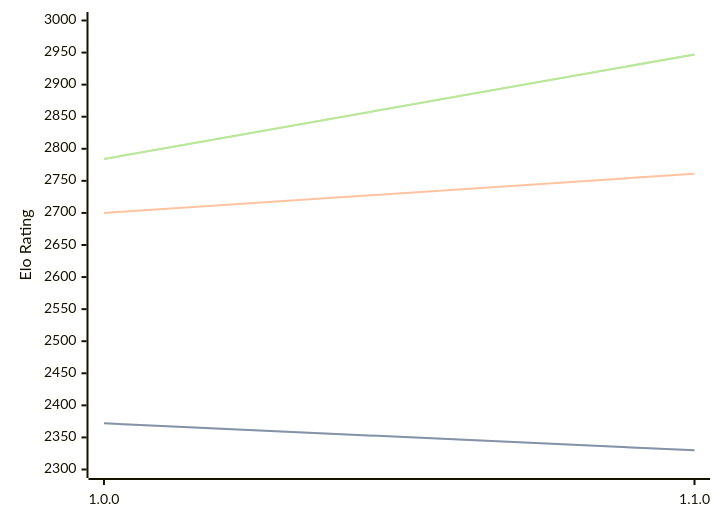
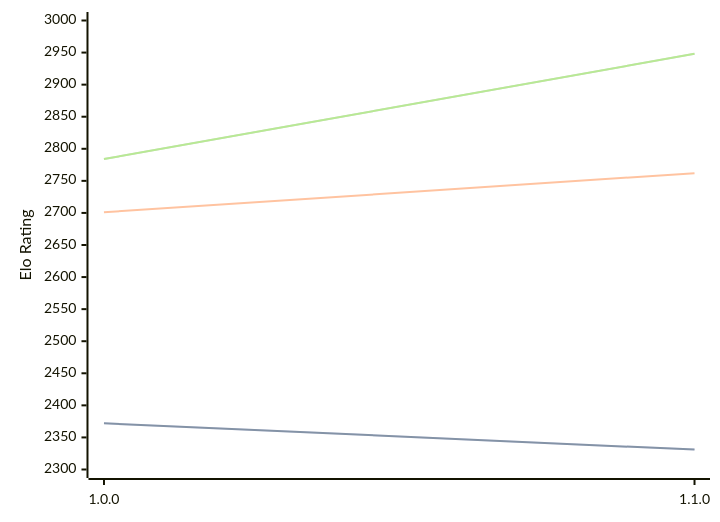
One commit to computer-chess-index/cci changed the diagram in engines/ShallowGuess.md. Above: the diagram before and after it, drawn with Mermaid. The commit also changed other lines of this file, not shown here.

Commit message:
Update CCI Ratings (ELO VLTC) - 2026-04-22

````diff
--- a/engines/ShallowGuess.md
+++ b/engines/ShallowGuess.md
@@ -36,11 +36,11 @@
 ```mermaid
 %%{init: {"theme":"base","themeVariables":{"seriesColors:['#a3a3a3','#222221','#faa371']}}}%%
 xychart-beta
   x-axis ["1.0.0", "1.1.0"]
   y-axis "Elo Rating" 2300 --> 3000
-  line "STC (8.0+0.08s)" [2372, 2330]
-  line "STC (8.0+0.08s)" [2372, 2330]
-  line "LTC (60.0+0.60s)" [2700, 2761]
-  line "VLTC (2m24s+1.12s)" [2784, 2947]
-  line "VLTC (2m24s+1.12s)" [2784, 2947]
+  line "STC (8.0+0.08s)" [2372, 2331]
+  line "STC (8.0+0.08s)" [2372, 2331]
+  line "LTC (60.0+0.60s)" [2701, 2762]
+  line "VLTC (2m24s+1.12s)" [2784, 2948]
+  line "VLTC (2m24s+1.12s)" [2784, 2948]
 ```
````
